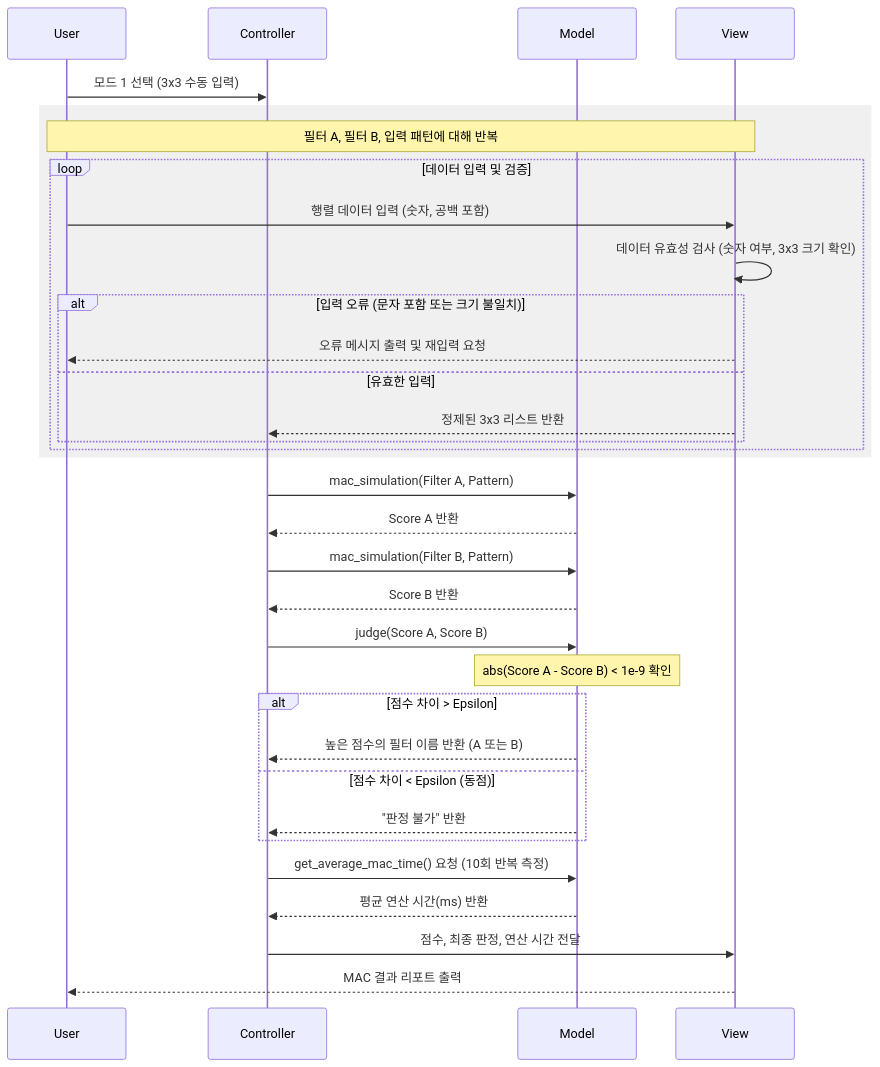
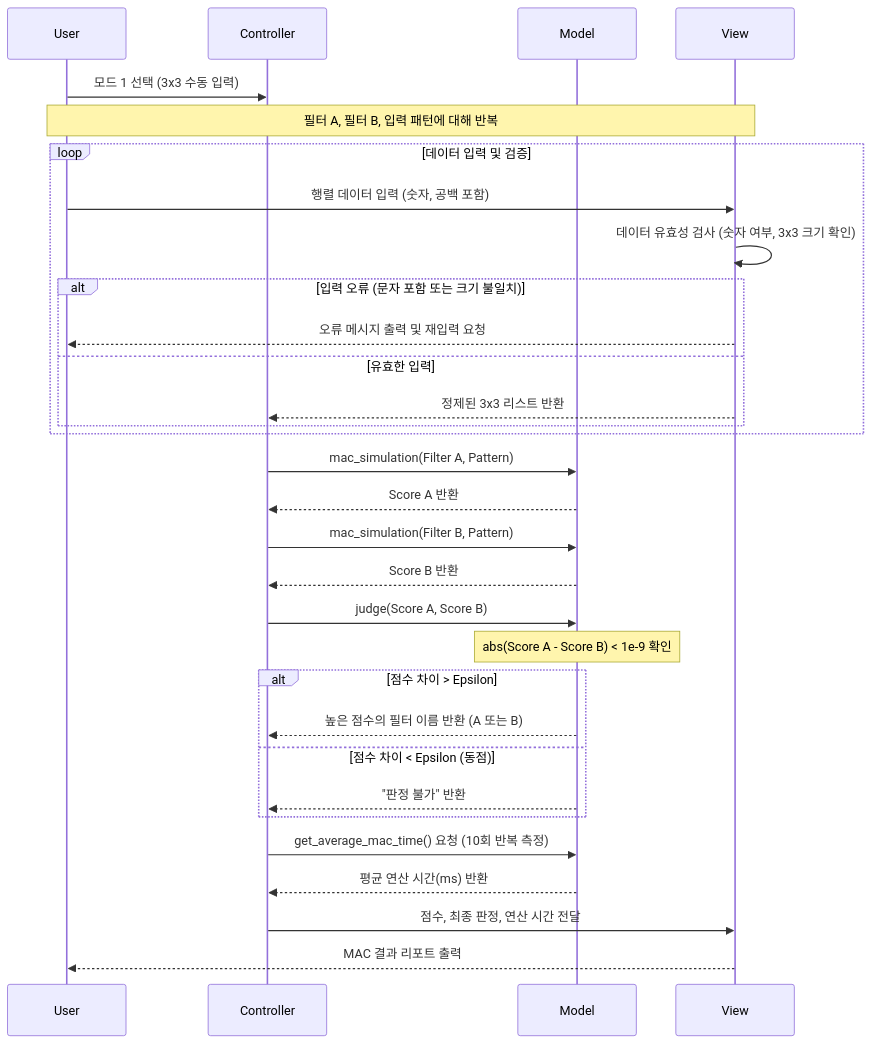
Before and after one commit to ntt65/codyssey: the second of 3 diagrams in e1_3/readme.md, drawn with Mermaid. The commit also changed other lines of this file, not shown here.

Commit message:
Fix:readme.md judge result

````diff
--- a/e1_3/readme.md
+++ b/e1_3/readme.md
@@ -46,42 +48,42 @@
 ```mermaid
 sequenceDiagram
     participant U as User
     participant C as Controller
     participant M as Model
     participant V as View
 
     U->>C: 모드 1 선택 (3x3 수동 입력)
     
-    rect rgb(240, 240, 240)
-        Note over U, V: 필터 A, 필터 B, 입력 패턴에 대해 반복
-        loop 데이터 입력 및 검증
-            U->>V: 행렬 데이터 입력 (숫자, 공백 포함)
-            V->>V: 데이터 유효성 검사 (숫자 여부, 3x3 크기 확인)
-            alt 입력 오류 (문자 포함 또는 크기 불일치)
-                V-->>U: 오류 메시지 출력 및 재입력 요청
-            else 유효한 입력
-                V-->>C: 정제된 3x3 리스트 반환
-            end
+   
+    Note over U, V: 필터 A, 필터 B, 입력 패턴에 대해 반복
+    loop 데이터 입력 및 검증
+        U->>V: 행렬 데이터 입력 (숫자, 공백 포함)
+        V->>V: 데이터 유효성 검사 (숫자 여부, 3x3 크기 확인)
+        alt 입력 오류 (문자 포함 또는 크기 불일치)
+            V-->>U: 오류 메시지 출력 및 재입력 요청
+        else 유효한 입력
+            V-->>C: 정제된 3x3 리스트 반환
         end
     end
+
 
     C->>M: mac_simulation(Filter A, Pattern)
     M-->>C: Score A 반환
     C->>M: mac_simulation(Filter B, Pattern)
     M-->>C: Score B 반환
 
     C->>M: judge(Score A, Score B)
     Note over M: abs(Score A - Score B) < 1e-9 확인
     
     alt 점수 차이 > Epsilon
         M-->>C: 높은 점수의 필터 이름 반환 (A 또는 B)
     else 점수 차이 < Epsilon (동점)
         M-->>C: "판정 불가" 반환
     end
 
     C->>M: get_average_mac_time() 요청 (10회 반복 측정)
     M-->>C: 평균 연산 시간(ms) 반환
     
     C->>V: 점수, 최종 판정, 연산 시간 전달
     V-->>U: MAC 결과 리포트 출력
 ```
````
